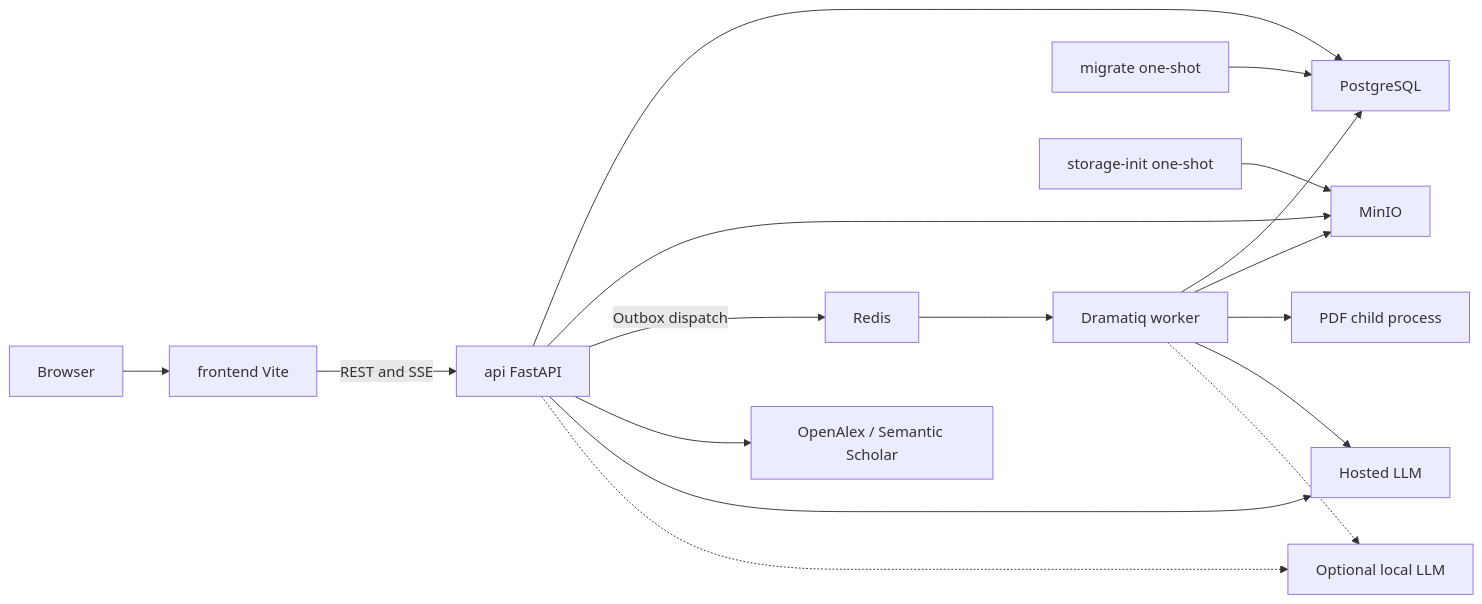
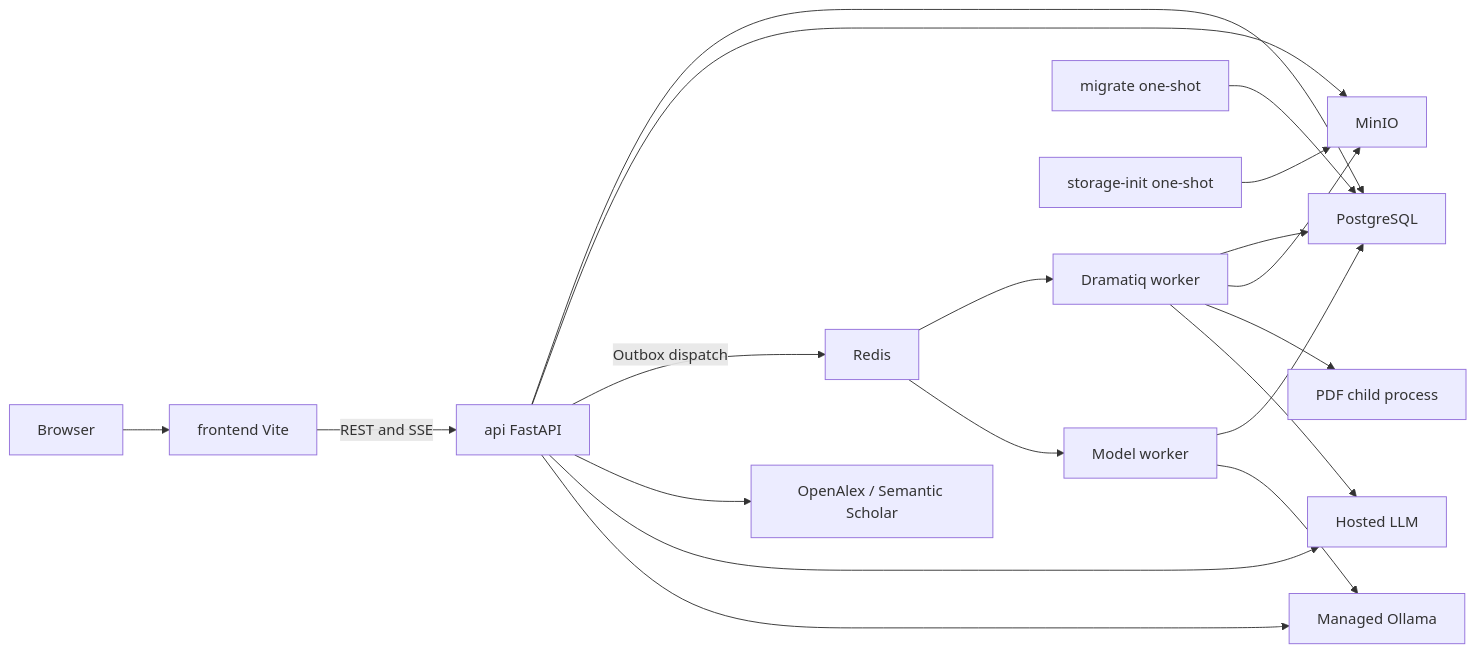
Before and after one commit to friberk/ara: the diagram in docs/implementation-plan.md, drawn with Mermaid. The commit also changed other lines of this file and 17 other files, not shown here.

````diff
--- a/docs/implementation-plan.md
+++ b/docs/implementation-plan.md
@@ -46,19 +46,21 @@
 ```mermaid
 flowchart LR
  B[Browser] --> F[frontend Vite]
  F -->|REST and SSE| A[api FastAPI]
  A --> P[PostgreSQL]
  A --> M[MinIO]
  A -->|Outbox dispatch| R[Redis]
  R --> W[Dramatiq worker]
  W --> P
  W --> M
  W --> X[PDF child process]
  A --> S[OpenAlex / Semantic Scholar]
  A --> L[Hosted LLM]
  W --> L
- A -.-> O[Optional local LLM]
- W -.-> O
+ A --> O[Managed Ollama]
+ R --> MW[Model worker]
+ MW --> P
+ MW --> O
  DBInit[migrate one-shot] --> P
  ObjInit[storage-init one-shot] --> M
 ```
````
